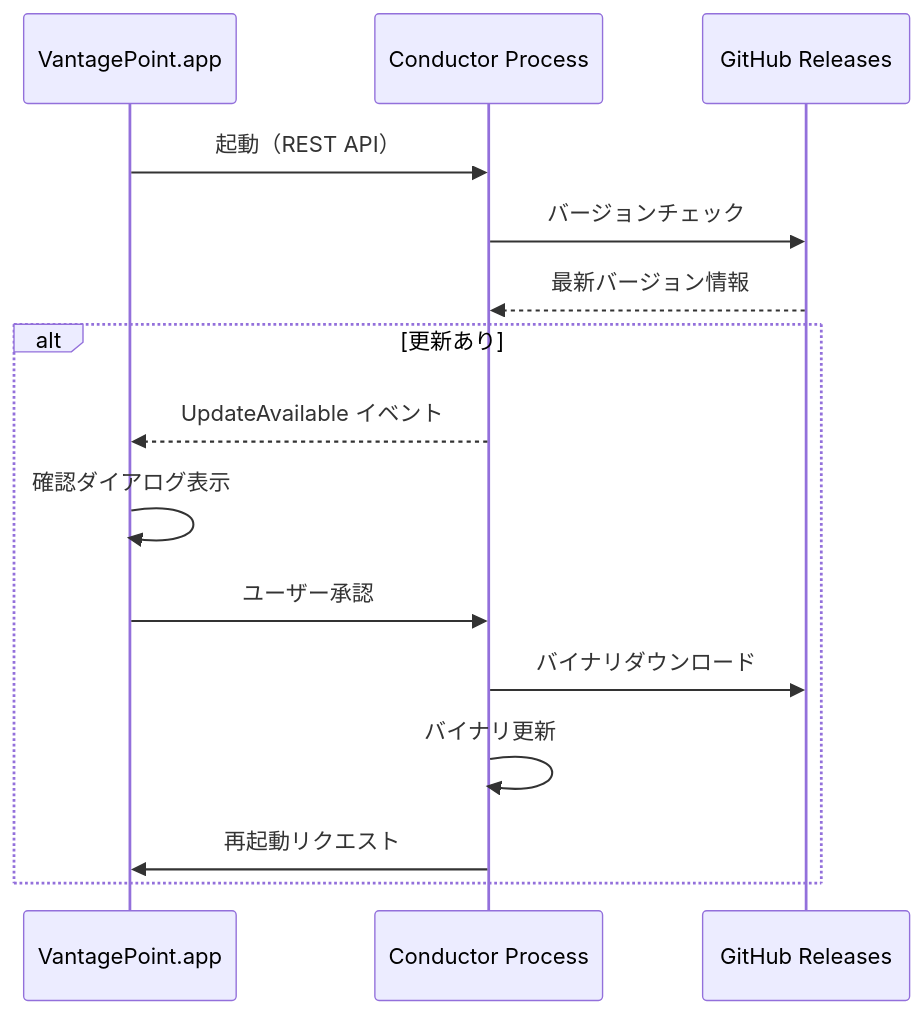
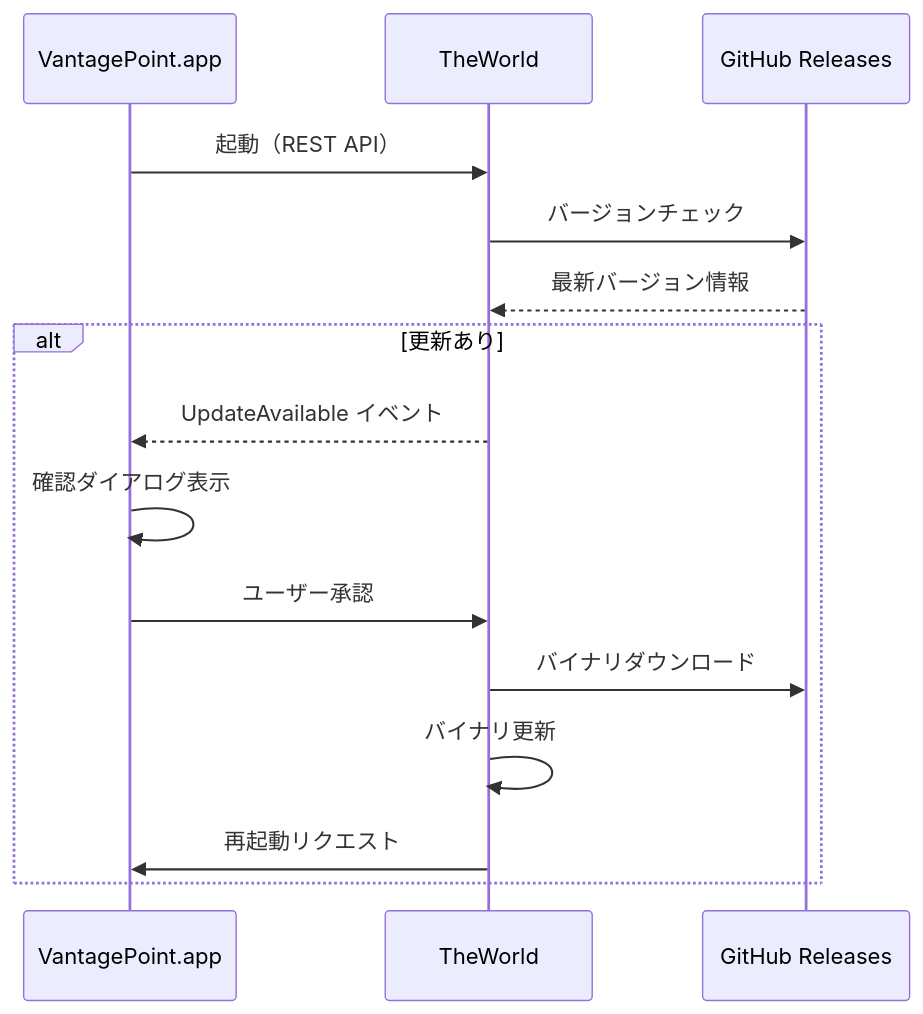
Before and after one commit to chronista-club/vantage-point: the diagram in docs/spec/06-auto-update.md, drawn with Mermaid. The commit also changed other lines of this file and 3 other files, not shown here.

````diff
--- a/docs/spec/06-auto-update.md
+++ b/docs/spec/06-auto-update.md
@@ -121,19 +121,19 @@
 ```mermaid
 sequenceDiagram
     participant App as VantagePoint.app
-    participant Conductor as Conductor Process
+    participant Conductor as TheWorld
     participant GitHub as GitHub Releases
 
     App->>Conductor: 起動（REST API）
     Conductor->>GitHub: バージョンチェック
     GitHub-->>Conductor: 最新バージョン情報
 
     alt 更新あり
         Conductor-->>App: UpdateAvailable イベント
         App->>App: 確認ダイアログ表示
         App->>Conductor: ユーザー承認
         Conductor->>GitHub: バイナリダウンロード
         Conductor->>Conductor: バイナリ更新
         Conductor->>App: 再起動リクエスト
     end
 ```
````
